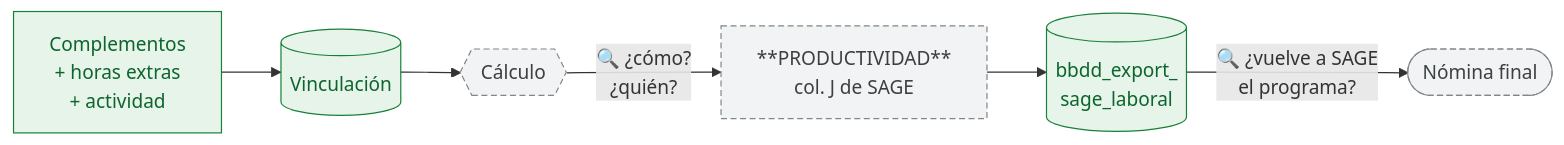
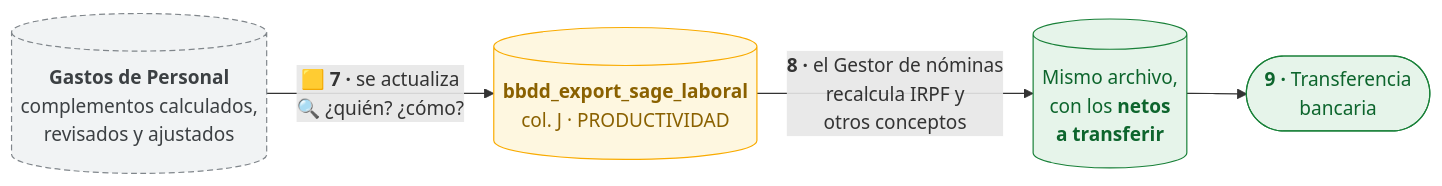
One commit to dev-GALA/Sistema_VAP changed the seventh of 8 diagrams in docs/FLUJO.md. Above: the diagram before and after it, drawn with Mermaid. The commit also changed other lines of this file and 53 other files, not shown here.

````diff
--- a/docs/FLUJO.md
+++ b/docs/FLUJO.md
@@ -314,13 +538,17 @@
 ```mermaid
 flowchart LR
-    COMP["Complementos<br/>+ horas extras<br/>+ actividad"] --> VINC[("Vinculación")]
-    VINC --> CALC{{"Cálculo"}}
-    CALC -->|"🔍 ¿cómo?<br/>¿quién?"| PROD["**PRODUCTIVIDAD**<br/>col. J de SAGE"]
-    PROD --> SAGE[("bbdd_export_<br/>sage_laboral")]
-    SAGE -->|"🔍 ¿vuelve a SAGE<br/>el programa?"| NOMINA(["Nómina final"])
+    GP[("<b>Gastos de Personal</b><br/>complementos calculados,<br/>revisados y ajustados")]
+
+    GP -->|"🟨 <b>7 ·</b> se actualiza<br/>🔍 ¿quién? ¿cómo?"| SAGE[("<b>bbdd_export_sage_laboral</b><br/>col. J · PRODUCTIVIDAD")]
+
+    SAGE -->|"<b>8 ·</b> el Gestor de nóminas<br/>recalcula IRPF y<br/>otros conceptos"| NET[("Mismo archivo,<br/>con los <b>netos<br/>a transferir</b>")]
+
+    NET --> TRANS(["<b>9 ·</b> Transferencia<br/>bancaria"])
 
     classDef ok fill:#e6f4ea,stroke:#188038,color:#0d652d
+    classDef manual fill:#fef7e0,stroke:#f9ab00,color:#8a6100
     classDef duda fill:#f1f3f4,stroke:#80868b,stroke-dasharray:5 3,color:#3c4043
-    class COMP,VINC,SAGE ok
-    class CALC,PROD,NOMINA duda
+    class NET,TRANS ok
+    class SAGE manual
+    class GP duda
 ```
````
